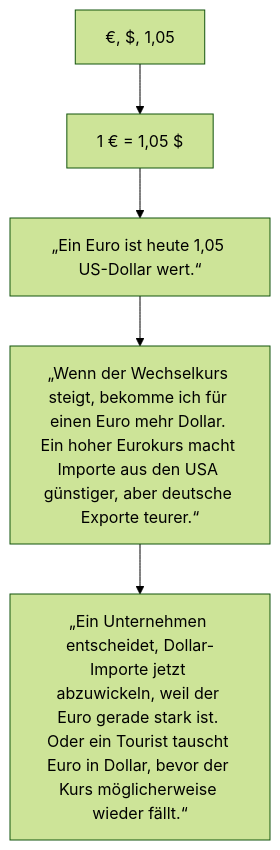
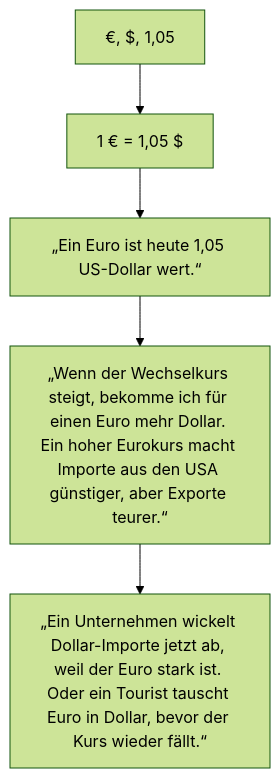
One commit to philippesaxer/M164 changed the second of 2 diagrams in README.md. Above: the diagram before and after it, drawn with Mermaid (forest theme). The commit also changed other lines of this file, not shown here.

````diff
--- a/README.md
+++ b/README.md
@@ -17,9 +16,9 @@
 ```mermaid
 flowchart TD
     A[€, $, 1,05] --> B[1 € = 1,05 $]
     B --> C[„Ein Euro ist heute 1,05 US-Dollar wert.“]
-    C --> D[„Wenn der Wechselkurs steigt, bekomme ich für einen Euro mehr Dollar. Ein hoher Eurokurs macht Importe aus den USA günstiger, aber deutsche Exporte teurer.“]
-    D --> E[„Ein Unternehmen entscheidet, Dollar-Importe jetzt abzuwickeln, weil der Euro gerade stark ist. Oder ein Tourist tauscht Euro in Dollar, bevor der Kurs möglicherweise wieder fällt.“]
+    C --> D[„Wenn der Wechselkurs steigt, bekomme ich für einen Euro mehr Dollar. Ein hoher Eurokurs macht Importe aus den USA günstiger, aber Exporte teurer.“]
+    D --> E[„Ein Unternehmen wickelt Dollar-Importe jetzt ab, weil der Euro stark ist. Oder ein Tourist tauscht Euro in Dollar, bevor der Kurs wieder fällt.“]
 
     classDef level fill:#f9f,stroke:#333,stroke-width:1px;
 ```
````
